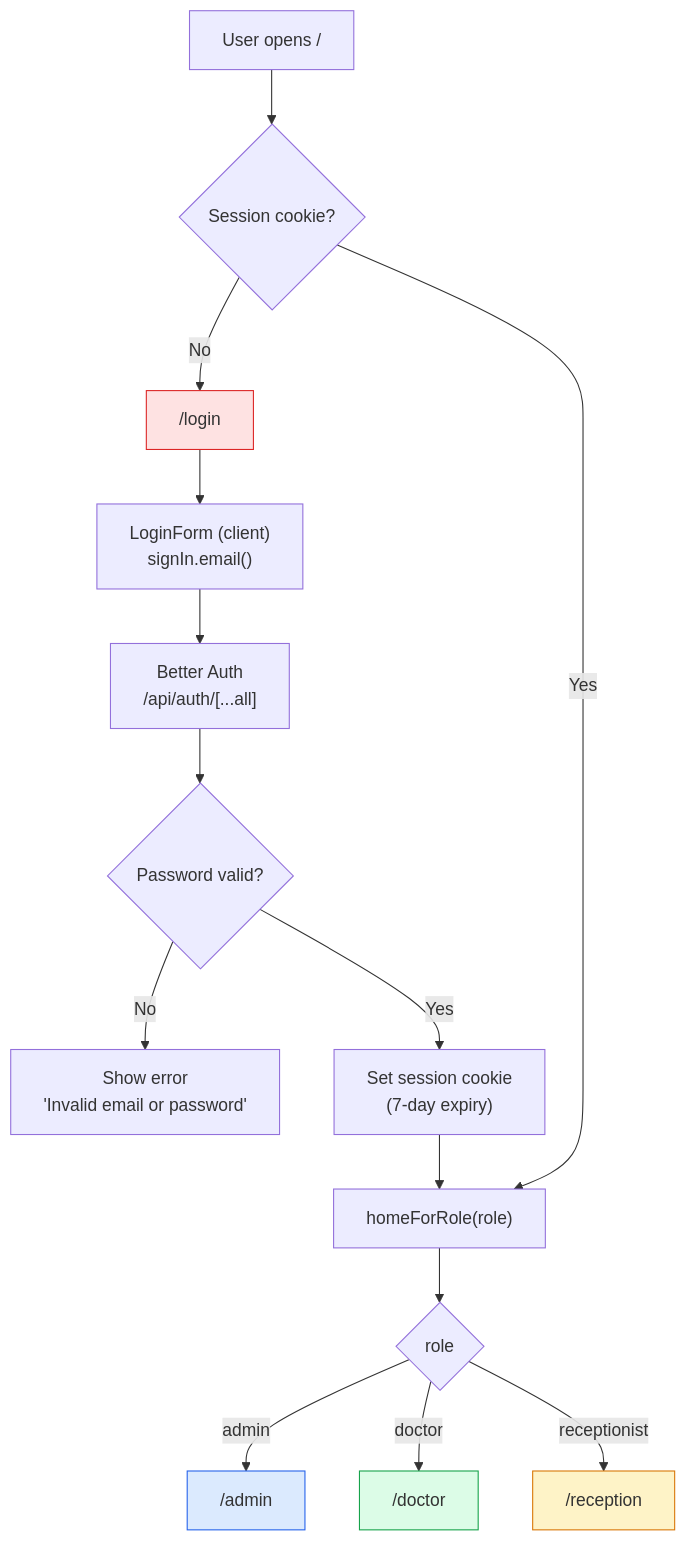
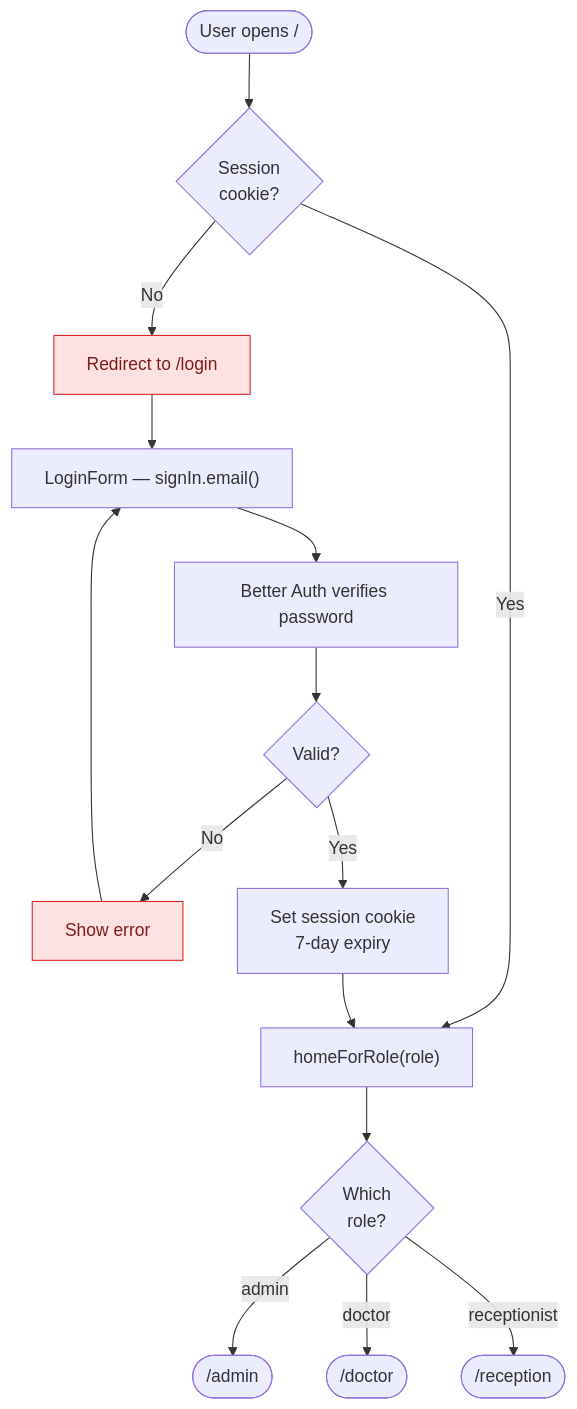
The third of 22 diagrams in flow.md (themuzzamil/Hospital-Management-System), drawn with Mermaid before and after one commit. The commit also changed other lines of this file, not shown here.

````diff
--- a/flow.md
+++ b/flow.md
@@ -71,23 +93,22 @@
 ```mermaid
 flowchart TD
-    A["User opens /"] --> B{"Session cookie?"}
-    B -->|No| C["/login"]
-    B -->|Yes| D["homeForRole(role)"]
+    A(["User opens /"]) --> B{"Session<br/>cookie?"}
+    B -->|"No"| C["Redirect to /login"]
+    B -->|"Yes"| D["homeForRole(role)"]
 
-    C --> E["LoginForm (client)<br/>signIn.email()"]
-    E --> F["Better Auth<br/>/api/auth/[...all]"]
-    F --> G{"Password valid?"}
-    G -->|No| H["Show error<br/>'Invalid email or password'"]
-    G -->|Yes| I["Set session cookie<br/>(7-day expiry)"]
+    C --> E["LoginForm — signIn.email()"]
+    E --> F["Better Auth verifies password"]
+    F --> G{"Valid?"}
+    G -->|"No"| H["Show error"]
+    H --> E
+    G -->|"Yes"| I["Set session cookie<br/>7-day expiry"]
     I --> D
 
-    D --> J{"role"}
-    J -->|admin| K["/admin"]
-    J -->|doctor| L["/doctor"]
-    J -->|receptionist| M["/reception"]
+    D --> J{"Which<br/>role?"}
+    J -->|"admin"| K(["/admin"])
+    J -->|"doctor"| L(["/doctor"])
+    J -->|"receptionist"| M(["/reception"])
 
-    style C fill:#fee2e2,stroke:#dc2626
-    style K fill:#dbeafe,stroke:#2563eb
-    style L fill:#dcfce7,stroke:#16a34a
-    style M fill:#fef3c7,stroke:#d97706
+    classDef gate fill:#fee2e2,stroke:#dc2626,color:#7f1d1d
+    class C,H gate
 ```
````
